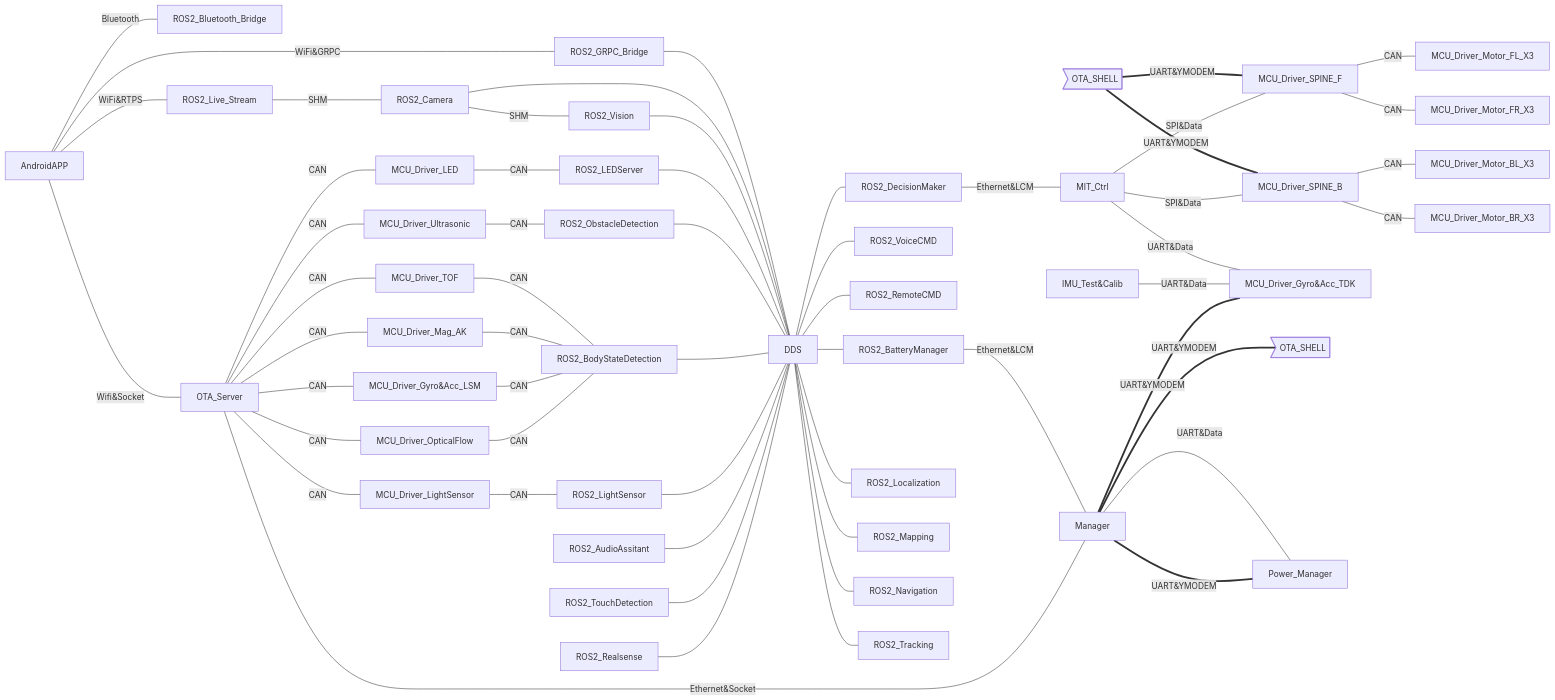
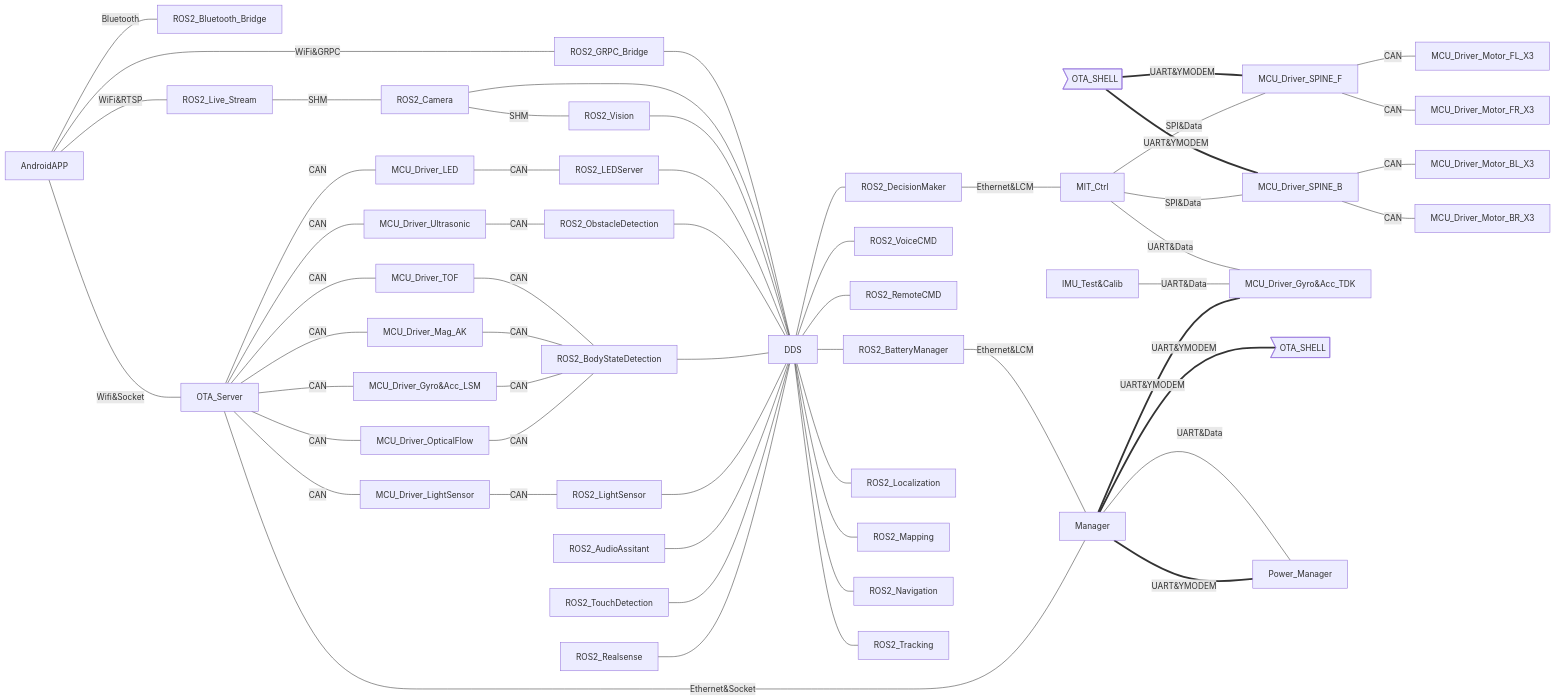
One commit to MAVProxyUser/athena_repos changed the second of 2 diagrams in README.md. Above: the diagram before and after it, drawn with Mermaid. The commit also changed 1 other file, not shown here.

Commit message:
[Fix] Fix spell of RTSP

````diff
--- a/README.md
+++ b/README.md
@@ -95,55 +95,55 @@
 ```mermaid
 graph LR
 	AndroidAPP---|Bluetooth|ROS2_Bluetooth_Bridge
 	AndroidAPP---|Wifi&Socket|OTA_Server
 	AndroidAPP---|WiFi&GRPC|ROS2_GRPC_Bridge
-	AndroidAPP---|WiFi&RTPS|ROS2_Live_Stream
+	AndroidAPP---|WiFi&RTSP|ROS2_Live_Stream
 	
 	ROS2_GRPC_Bridge---DDS
 	ROS2_Live_Stream---|SHM|ROS2_Camera
 	ROS2_Camera---|SHM|ROS2_Vision
 	ROS2_Camera---DDS
 	ROS2_Vision---DDS
 	OTA_Server---|CAN|MCU_Driver_LED---|CAN|ROS2_LEDServer---DDS
 	OTA_Server---|CAN|MCU_Driver_Ultrasonic---|CAN|ROS2_ObstacleDetection---DDS
 	OTA_Server---|CAN|MCU_Driver_TOF---|CAN|ROS2_BodyStateDetection
 	OTA_Server---|CAN|MCU_Driver_Mag_AK---|CAN|ROS2_BodyStateDetection
 	OTA_Server---|CAN|MCU_Driver_Gyro&Acc_LSM---|CAN|ROS2_BodyStateDetection---DDS
 	OTA_Server---|CAN|MCU_Driver_OpticalFlow---|CAN|ROS2_BodyStateDetection
 	OTA_Server---|CAN|MCU_Driver_LightSensor---|CAN|ROS2_LightSensor---DDS
 	ROS2_AudioAssitant---DDS
 	ROS2_TouchDetection---DDS
 	ROS2_Realsense---DDS
 	
 	DDS---ROS2_BatteryManager
 	DDS---ROS2_VoiceCMD
 	DDS---ROS2_RemoteCMD
 	DDS---ROS2_DecisionMaker
 	DDS---ROS2_Localization
 	DDS---ROS2_Mapping
 	DDS---ROS2_Navigation
 	DDS---ROS2_Tracking
 	
 	ROS2_DecisionMaker---|Ethernet&LCM|MIT_Ctrl
 	ROS2_BatteryManager---|Ethernet&LCM|Manager
 	OTA_Server---|Ethernet&Socket|Manager
 	
 	OTA_SHELL_S>OTA_SHELL]===|UART&YMODEM|MCU_Driver_SPINE_F
 	OTA_SHELL_S>OTA_SHELL]===|UART&YMODEM|MCU_Driver_SPINE_B
 	
 	MIT_Ctrl---|UART&Data|MCU_Driver_Gyro&Acc_TDK
 	MIT_Ctrl---|SPI&Data|MCU_Driver_SPINE_F
 	MIT_Ctrl---|SPI&Data|MCU_Driver_SPINE_B
 	
 	MCU_Driver_SPINE_F---|CAN|MCU_Driver_Motor_FL_X3
 	MCU_Driver_SPINE_F---|CAN|MCU_Driver_Motor_FR_X3
 	MCU_Driver_SPINE_B---|CAN|MCU_Driver_Motor_BL_X3
 	MCU_Driver_SPINE_B---|CAN|MCU_Driver_Motor_BR_X3
 	
 	IMU_Test&Calib---|UART&Data|MCU_Driver_Gyro&Acc_TDK
 	
 	Manager===|UART&YMODEM|OTA_SHELL_A>OTA_SHELL]
 	Manager---|UART&Data|Power_Manager
 	Manager===|UART&YMODEM|Power_Manager
 	Manager===|UART&YMODEM|MCU_Driver_Gyro&Acc_TDK	
 ```
````
